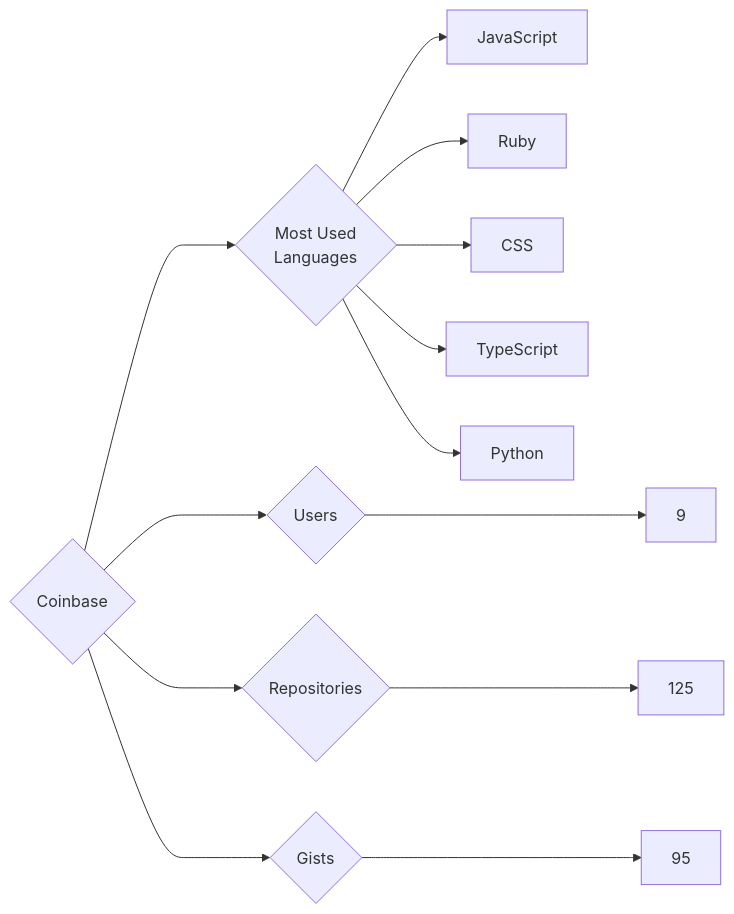
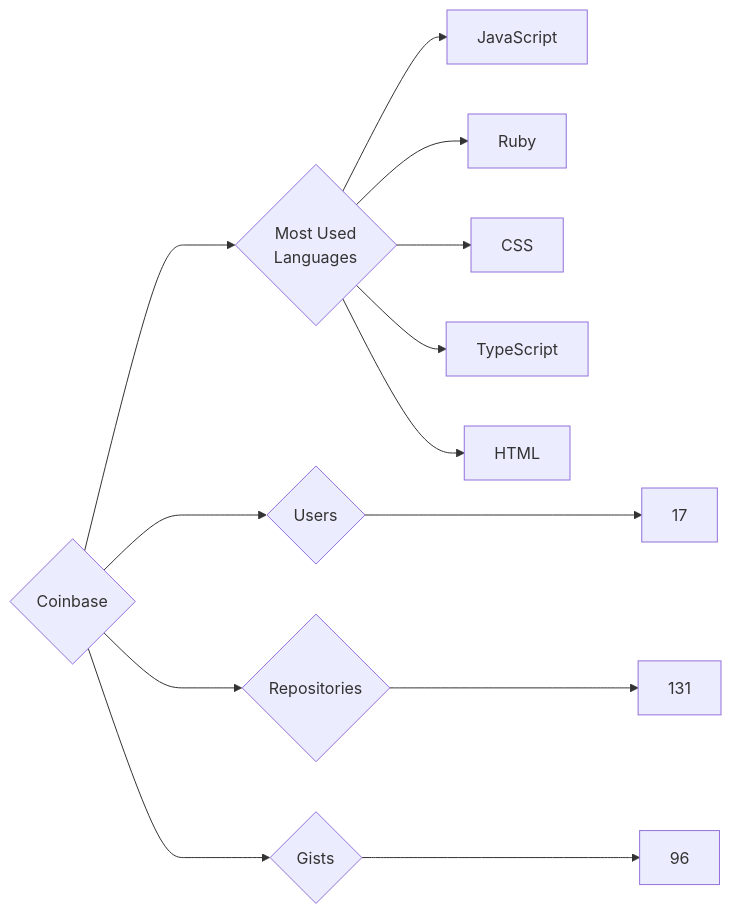
The diagram in targets/Coinbase/README.md (trickest/insiders), drawn with Mermaid before and after one commit. The commit also changed 1314 other files, not shown here.

````diff
--- a/targets/Coinbase/README.md
+++ b/targets/Coinbase/README.md
@@ -3,13 +3,13 @@
 ```mermaid
 graph LR
 COMPANY_NAME{Coinbase}
-COMPANY_NAME ---> U{Users} ---> UN[9]
-COMPANY_NAME ---> R{Repositories} ---> RN[125]
-COMPANY_NAME ---> G{Gists} ---> GN[95]
+COMPANY_NAME ---> U{Users} ---> UN[17]
+COMPANY_NAME ---> R{Repositories} ---> RN[131]
+COMPANY_NAME ---> G{Gists} ---> GN[96]
 COMPANY_NAME ---> ML{Most Used<br>Languages}
 ML --> JavaScript[JavaScript]
 ML --> Ruby[Ruby]
 ML --> CSS[CSS]
 ML --> TypeScript[TypeScript]
-ML --> Python[Python]
+ML --> HTML[HTML]
 ```
````
